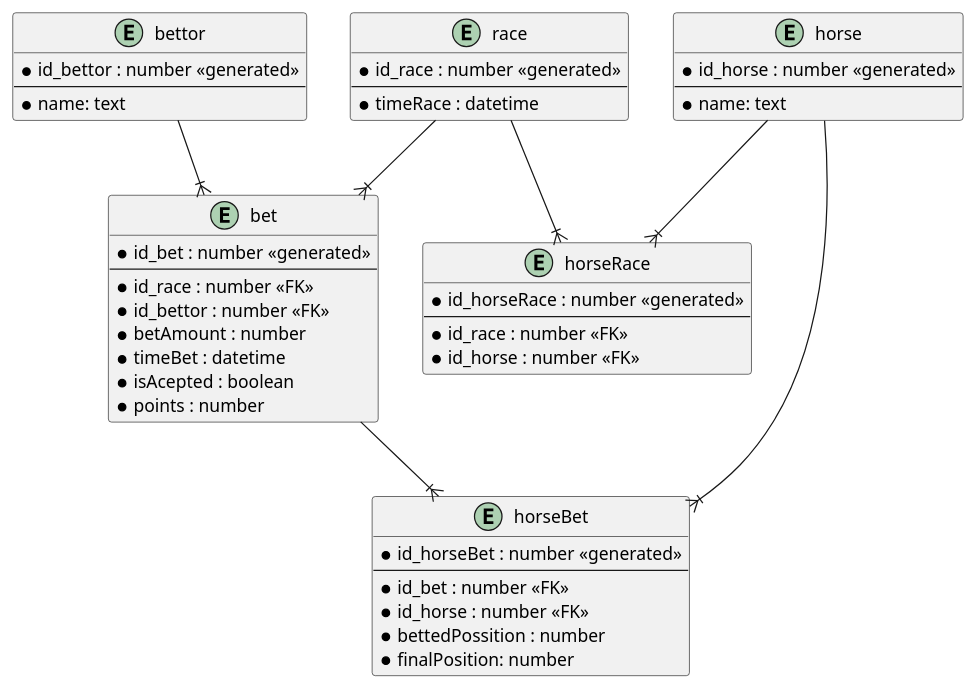
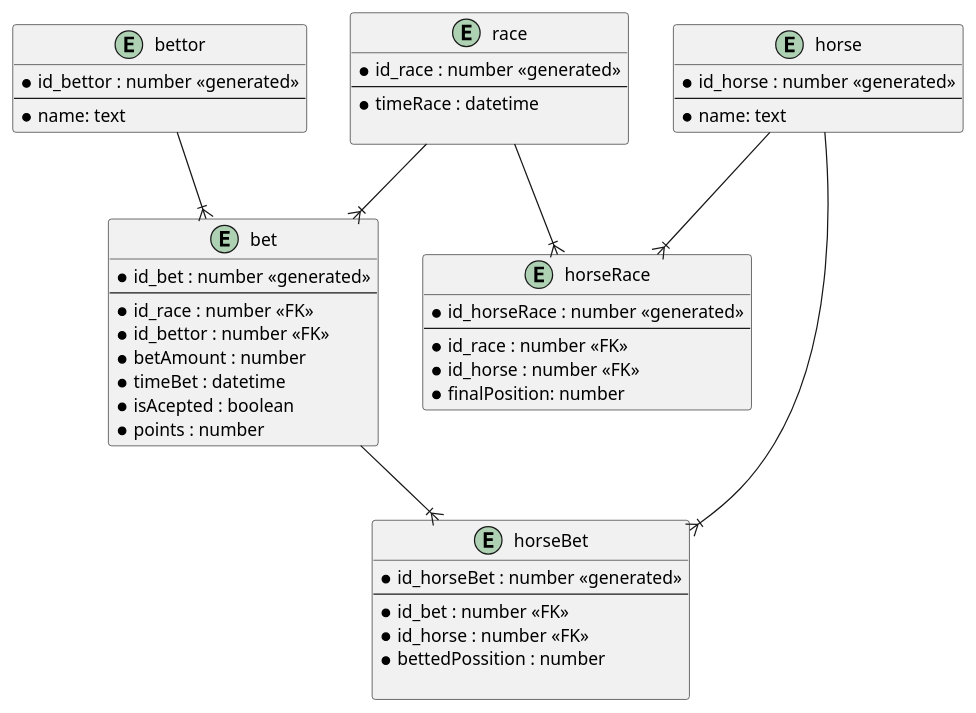
The diagram in ModelosDeDatos/ModeloLogico.wsd (Gabs16TL/ApuestasHipodromo), drawn with PlantUML before and after one commit. The commit also changed 4 other files, not shown here.

Commit message:
Se refactorizaron los archivos modelos de dominio y el modelo logico, ademas se añadieron las imagenes de todos los diagramas

```diff
--- a/ModelosDeDatos/ModeloLogico.wsd
+++ b/ModelosDeDatos/ModeloLogico.wsd
@@ -1,53 +1,55 @@
 @startuml
 
 entity race {
     * id_race : number <<generated>>
     --
     * timeRace : datetime 
+    
 }
 entity horse {
     *  id_horse : number <<generated>>
     --
     * name: text
 }
 entity bettor {
     * id_bettor : number <<generated>>
     --
     * name: text
 }
 entity bet {
     * id_bet : number <<generated>>
     --
     * id_race : number <<FK>>
     * id_bettor : number <<FK>>
     * betAmount : number 
     * timeBet : datetime 
     * isAcepted : boolean
     * points : number 
 }
 
 entity horseRace{
     * id_horseRace : number <<generated>>
     --
     * id_race : number <<FK>>
     * id_horse : number <<FK>>
+    * finalPosition: number
 }
 entity horseBet{
     * id_horseBet : number <<generated>>
     --
     * id_bet : number <<FK>>
     * id_horse : number <<FK>>
     * bettedPossition : number
-    * finalPosition: number
+    
 }
 
 race --|{ bet
 bettor --|{ bet
 
 race --|{ horseRace
 horse --|{ horseRace
 
 bet--|{ horseBet
 horse --|{ horseBet
 
 @enduml
```
